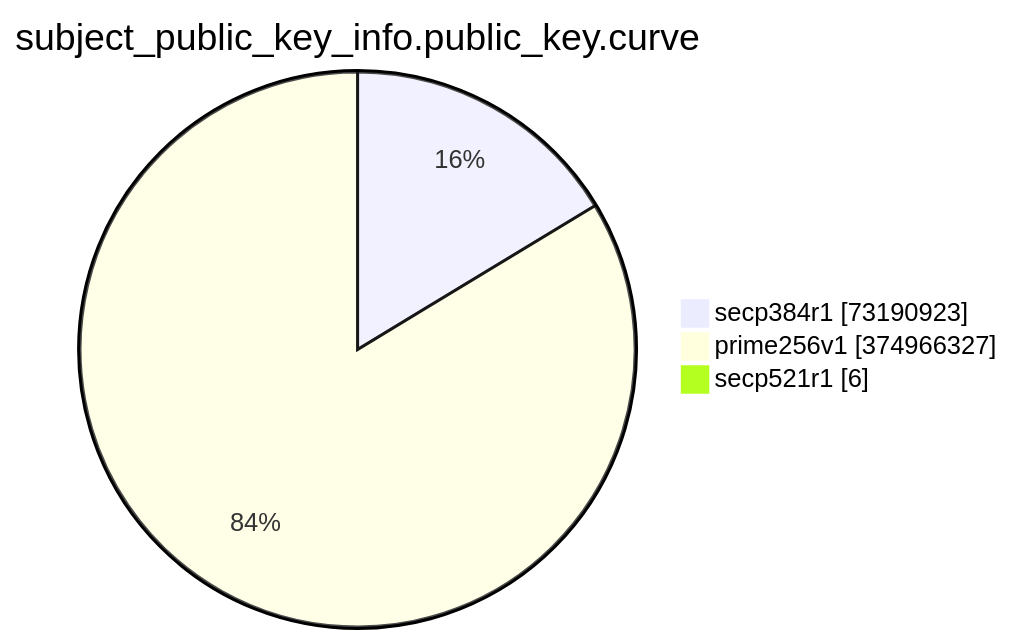
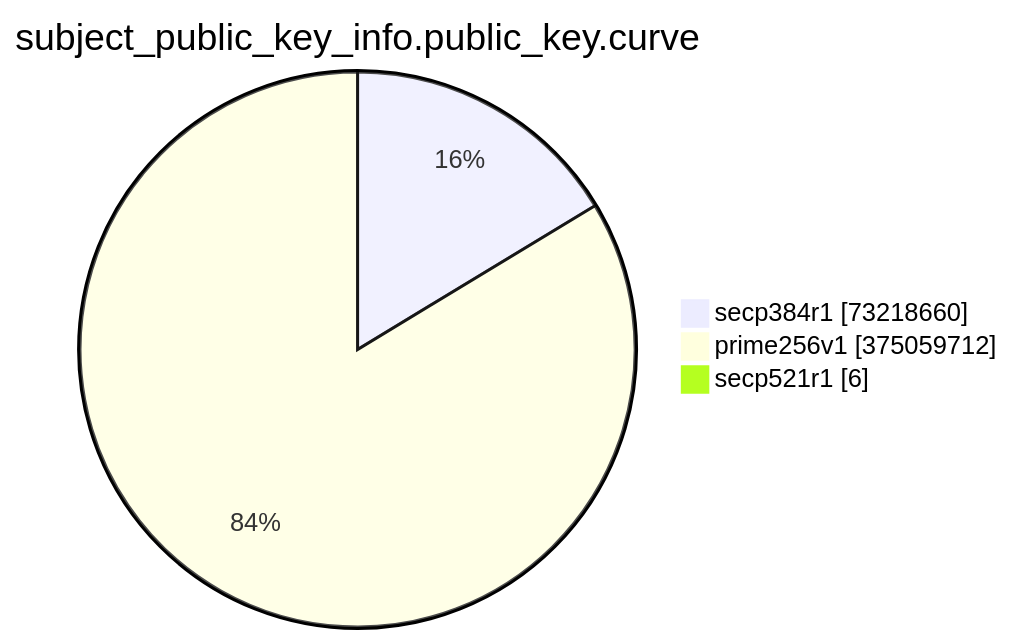
Before and after one commit to christiankrug/ctmonitor_visualization: the eighth of 15 diagrams in TOTAL/README.md, drawn with Mermaid. The commit also changed other lines of this file, not shown here.

````diff
--- a/TOTAL/README.md
+++ b/TOTAL/README.md
@@ -3092,7 +3092,7 @@
 ```mermaid
 pie showData
 title subject_public_key_info.public_key.curve
-"secp384r1" :73190923
-"prime256v1" :374966327
+"secp384r1" :73218660
+"prime256v1" :375059712
 "secp521r1" :6
 ```
````
